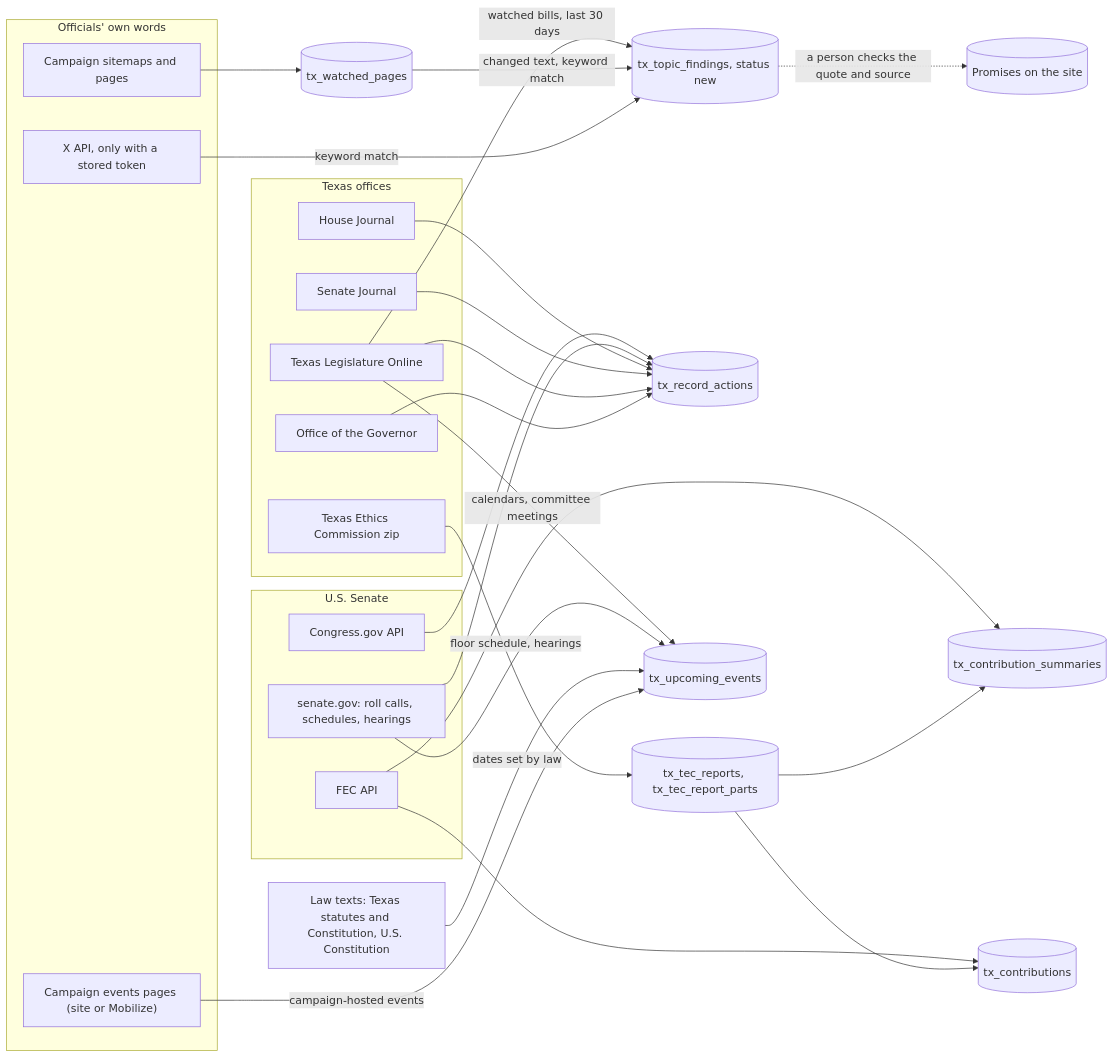
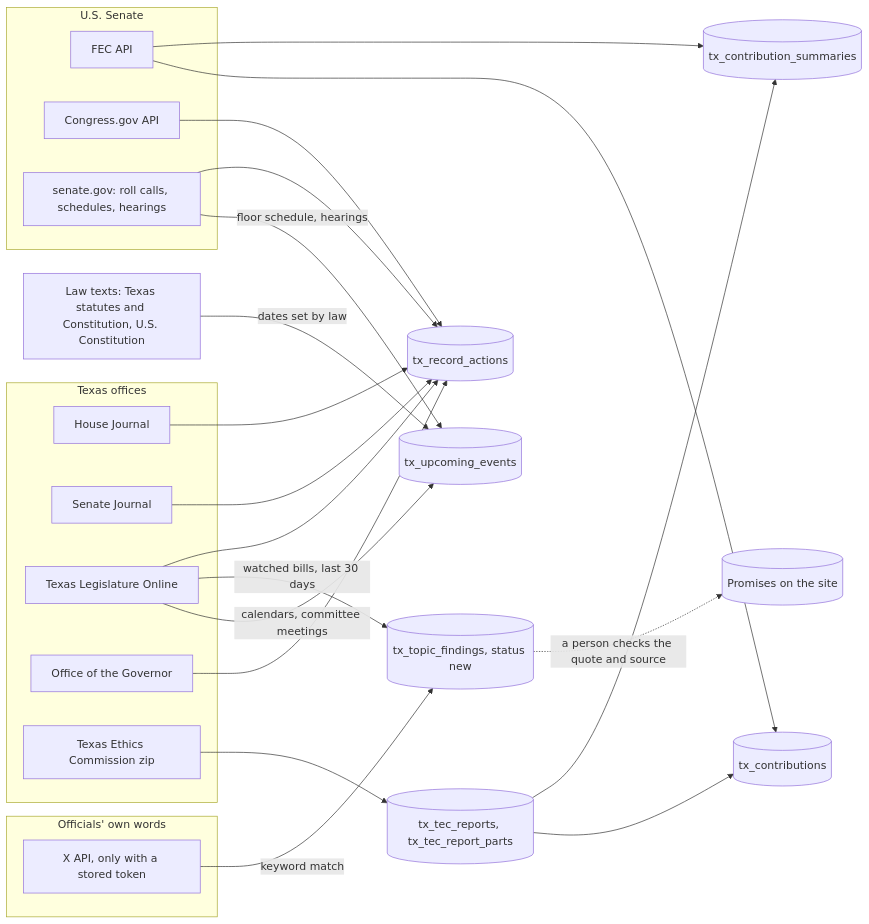
One commit to stozo04/tx-promise-tracker changed the first of 2 diagrams in SYNC.md. Above: the diagram before and after it, drawn with Mermaid. The commit also changed other lines of this file and 23 other files, not shown here.

````diff
--- a/SYNC.md
+++ b/SYNC.md
@@ -266,42 +251,37 @@
 ```mermaid
 flowchart LR
   subgraph Federal["U.S. Senate"]
     FEC["FEC API"]
     CONG["Congress.gov API"]
     SEN["senate.gov: roll calls, schedules, hearings"]
   end
   subgraph Texas["Texas offices"]
     HJ["House Journal"]
     SJ["Senate Journal"]
     TLO["Texas Legislature Online"]
     GOV["Office of the Governor"]
     TEC["Texas Ethics Commission zip"]
   end
-  subgraph Campaign["Officials' own words"]
-    SITE["Campaign sitemaps and pages"]
-    EVP["Campaign events pages (site or Mobilize)"]
+  subgraph Words["Officials' own words"]
     X["X API, only with a stored token"]
   end
   LAW["Law texts: Texas statutes and Constitution, U.S. Constitution"]
 
   FEC --> SUM[("tx_contribution_summaries")]
   FEC --> GIFTS[("tx_contributions")]
   TEC --> TECR[("tx_tec_reports, tx_tec_report_parts")]
   TECR --> SUM
   TECR --> GIFTS
   CONG --> ACT[("tx_record_actions")]
   SEN --> ACT
   HJ --> ACT
   SJ --> ACT
   TLO --> ACT
   GOV --> ACT
   TLO -- "watched bills, last 30 days" --> FIND[("tx_topic_findings, status new")]
   TLO -- "calendars, committee meetings" --> EV[("tx_upcoming_events")]
   SEN -- "floor schedule, hearings" --> EV
   LAW -- "dates set by law" --> EV
-  EVP -- "campaign-hosted events" --> EV
-  SITE --> PAGES[("tx_watched_pages")]
-  PAGES -- "changed text, keyword match" --> FIND
   X -- "keyword match" --> FIND
   FIND -. "a person checks the quote and source" .-> PROM[("Promises on the site")]
 ```
````
